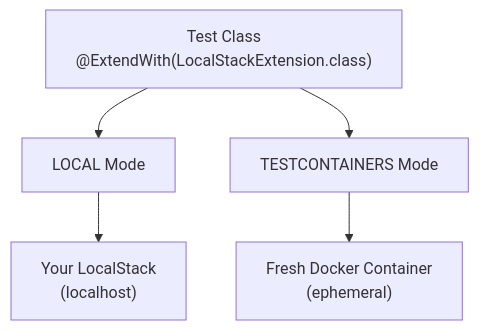
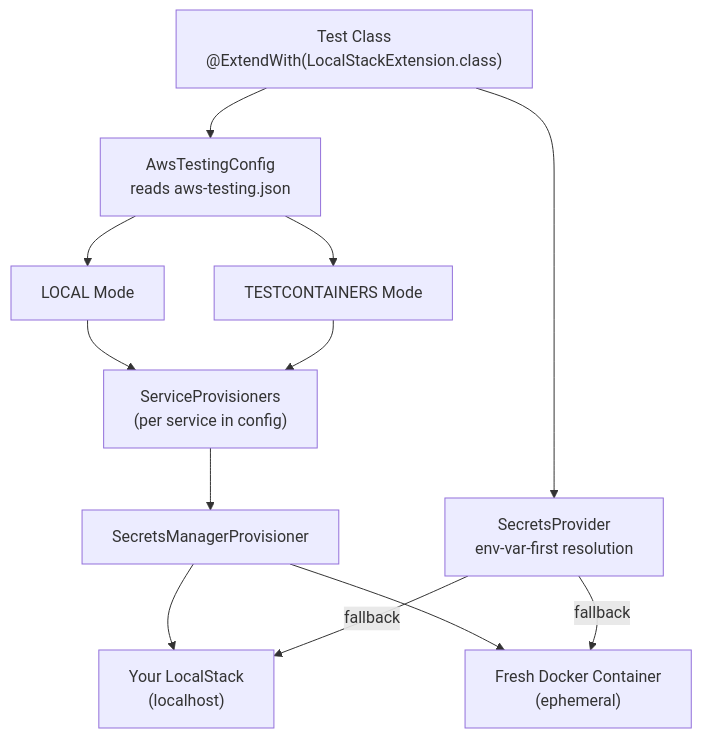
The diagram in AWS_TESTING_GUIDE.md (oscarvarto/playwright-practice), drawn with Mermaid before and after one commit. The commit also changed other lines of this file and 8 other files, not shown here.

Commit message:
AWS Testing improvements (code and docs); refactoring in preparation to support more AWS services

````diff
--- a/AWS_TESTING_GUIDE.md
+++ b/AWS_TESTING_GUIDE.md
@@ -315,13 +382,24 @@
 ```mermaid
 flowchart TD
     test["Test Class<br/>@ExtendWith(LocalStackExtension.class)"]
+    config["AwsTestingConfig<br/>reads aws-testing.json"]
     localMode["LOCAL Mode"]
     testcontainersMode["TESTCONTAINERS Mode"]
+    provisioners["ServiceProvisioners<br/>(per service in config)"]
+    smProv["SecretsManagerProvisioner"]
     localstack["Your LocalStack<br/>(localhost)"]
     container["Fresh Docker Container<br/>(ephemeral)"]
+    sp["SecretsProvider<br/>env-var-first resolution"]
 
-    test --> localMode
-    test --> testcontainersMode
-    localMode --> localstack
-    testcontainersMode --> container
+    test --> config
+    config --> localMode
+    config --> testcontainersMode
+    localMode --> provisioners
+    testcontainersMode --> provisioners
+    provisioners --> smProv
+    smProv --> localstack
+    smProv --> container
+    test --> sp
+    sp -->|fallback| localstack
+    sp -->|fallback| container
 ```
````
